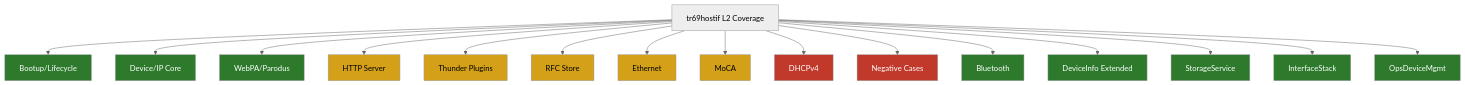
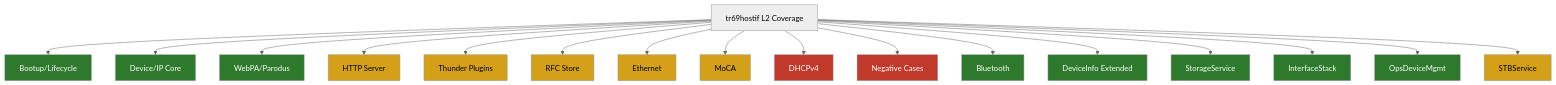
Before and after one commit to rdkcentral/tr69hostif: the first of 2 diagrams in test/docs/L2_Test_Coverage.md, drawn with Mermaid (neutral theme). The commit also changed other lines of this file, not shown here.

````diff
--- a/test/docs/L2_Test_Coverage.md
+++ b/test/docs/L2_Test_Coverage.md
@@ -303,34 +312,36 @@
 ```mermaid
 graph TD
     A[tr69hostif L2 Coverage] --> B[Bootup/Lifecycle]
     A --> C[Device/IP Core]
     A --> D[WebPA/Parodus]
     A --> E[HTTP Server]
     A --> F[Thunder Plugins]
     A --> G[RFC Store]
     A --> H[Ethernet]
     A --> I[MoCA]
     A --> J[DHCPv4]
     A --> K[Negative Cases]
     A --> L[Bluetooth]
     A --> M[DeviceInfo Extended]
     A --> N[StorageService]
     A --> O[InterfaceStack]
     A --> P[OpsDeviceMgmt]
+    A --> Q[STBService]
 
     style B fill:#2d7a2d,color:#fff
     style C fill:#2d7a2d,color:#fff
     style D fill:#2d7a2d,color:#fff
     style E fill:#d4a017,color:#000
     style F fill:#d4a017,color:#000
     style G fill:#d4a017,color:#000
     style H fill:#d4a017,color:#000
     style I fill:#d4a017,color:#000
     style J fill:#c0392b,color:#fff
     style K fill:#c0392b,color:#fff
     style L fill:#2d7a2d,color:#fff
     style M fill:#2d7a2d,color:#fff
     style N fill:#2d7a2d,color:#fff
     style O fill:#2d7a2d,color:#fff
     style P fill:#2d7a2d,color:#fff
+    style Q fill:#d4a017,color:#000
 ```
````
